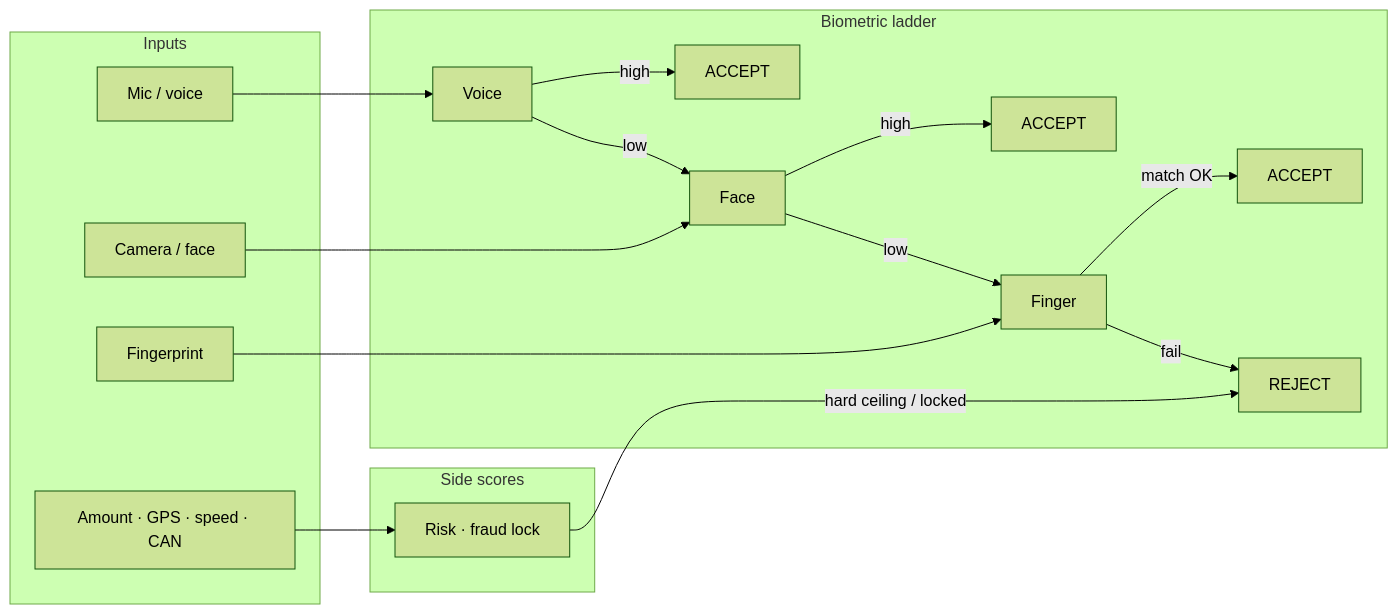
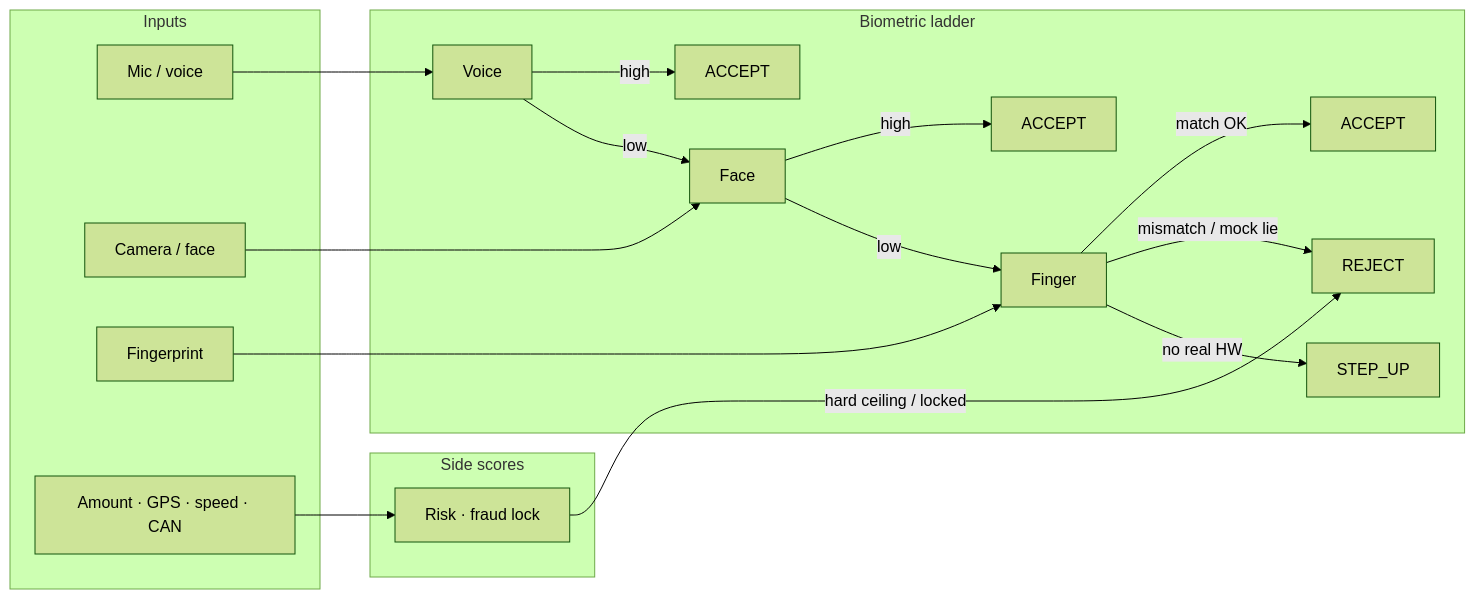
One commit to couder-04/Drive_auth_edge changed the first of 8 diagrams in README.md. Above: the diagram before and after it, drawn with Mermaid (forest theme). The commit also changed other lines of this file and 8 other files, not shown here.

````diff
--- a/README.md
+++ b/README.md
@@ -72,31 +72,32 @@
 ```mermaid
 flowchart LR
   subgraph In["Inputs"]
     MIC[Mic / voice]
     CAM[Camera / face]
     FNG[Fingerprint]
     CTX[Amount · GPS · speed · CAN]
   end
 
   subgraph Ladder["Biometric ladder"]
     V[Voice]
     F[Face]
     G[Finger]
     V -->|high| A1[ACCEPT]
     V -->|low| F
     F -->|high| A2[ACCEPT]
     F -->|low| G
     G -->|match OK| A3[ACCEPT]
-    G -->|fail| X[REJECT]
+    G -->|mismatch / mock lie| X[REJECT]
+    G -->|no real HW| SU[STEP_UP]
   end
 
   subgraph Side["Side scores"]
     R["Risk · fraud lock"]
   end
 
   MIC --> V
   CAM --> F
   FNG --> G
   CTX --> R
   R -->|hard ceiling / locked| X
 ```
````
